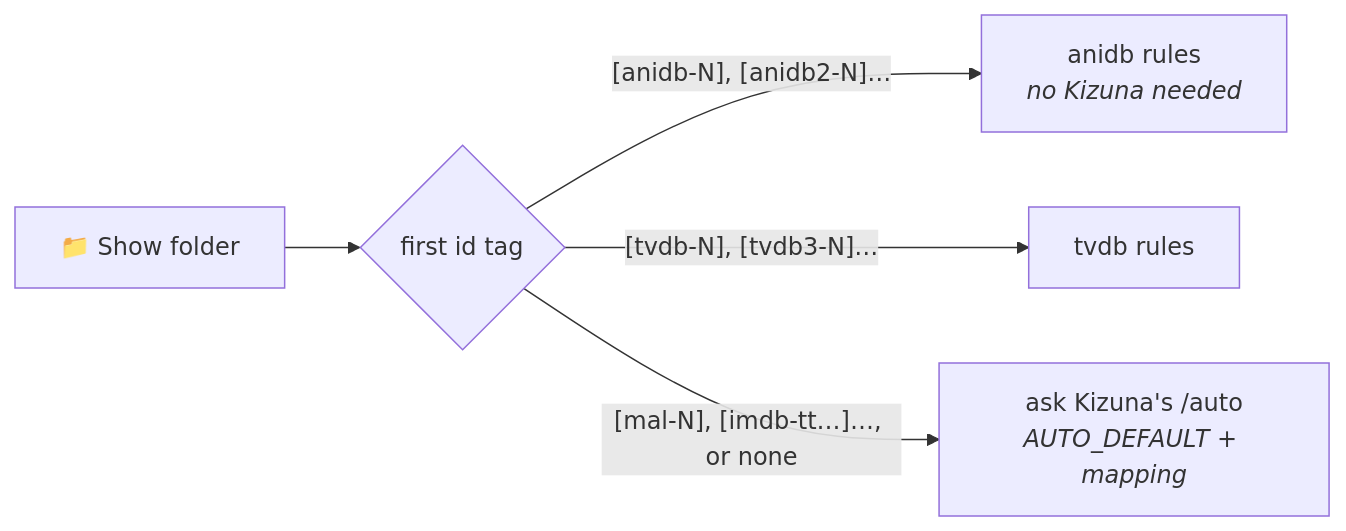
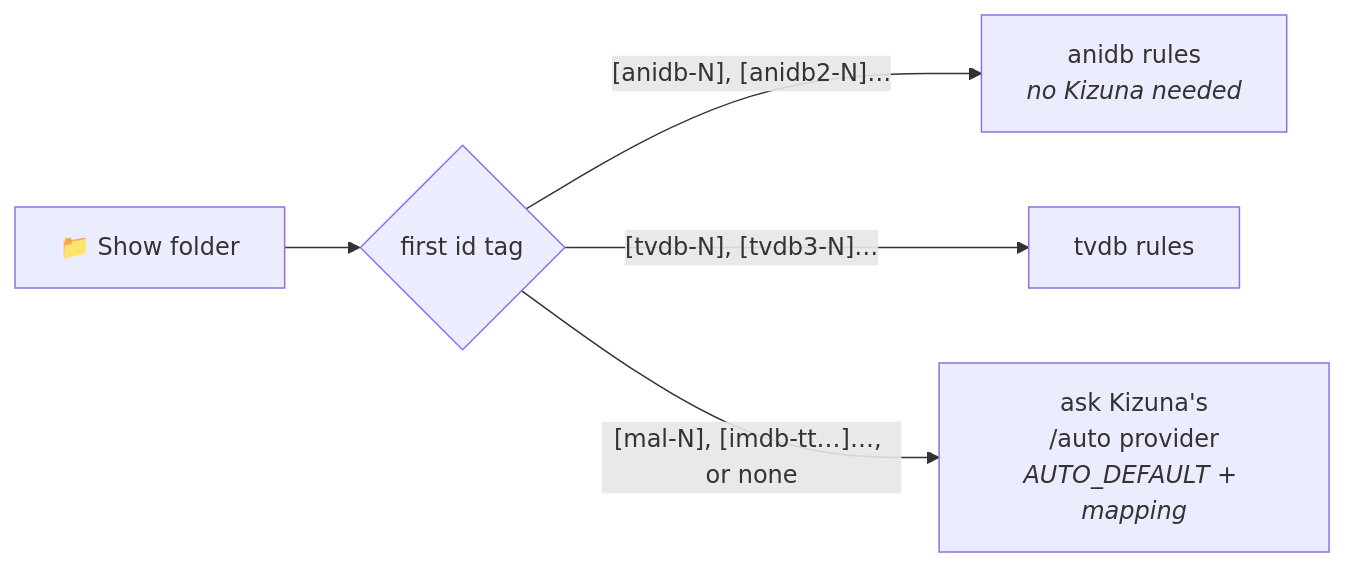
One commit to KurtzPT/kizuna changed the third of 3 diagrams in MIGRATION.md. Above: the diagram before and after it, drawn with Mermaid. The commit also changed other lines of this file and 4 other files, not shown here.

````diff
--- a/MIGRATION.md
+++ b/MIGRATION.md
@@ -392,7 +395,7 @@
 ```mermaid
 flowchart LR
     A["📁 Show folder"] --> B{"first id tag"}
     B -->|"[anidb-N], [anidb2-N]…"| C["anidb rules<br/><i>no Kizuna needed</i>"]
     B -->|"[tvdb-N], [tvdb3-N]…"| D["tvdb rules"]
-    B -->|"[mal-N], [imdb-tt…]…, or none"| E["ask Kizuna's /auto<br/><i>AUTO_DEFAULT + mapping</i>"]
+    B -->|"[mal-N], [imdb-tt…]…, or none"| E["ask Kizuna's<br/>/auto provider<br/><i>AUTO_DEFAULT + mapping</i>"]
 ```
````
